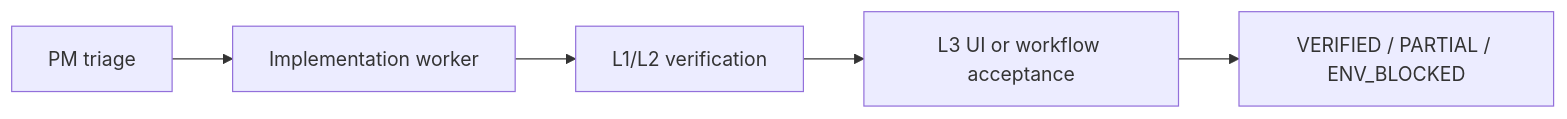
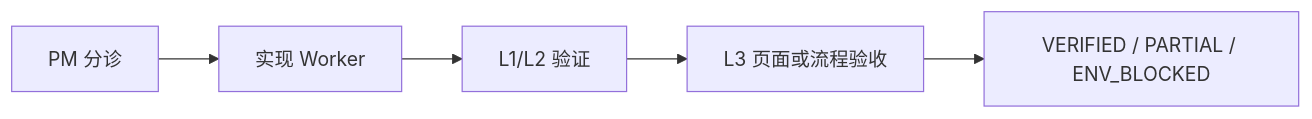
Before and after one commit to wz-gis/pm-dispatch-development: the first of 4 diagrams in README.md, drawn with Mermaid. The commit also changed other lines of this file and 2 other files, not shown here.

````diff
--- a/README.md
+++ b/README.md
@@ -248,7 +239,7 @@
 ```mermaid
 flowchart LR
-    A["PM triage"] --> B["Implementation worker"]
-    B --> C["L1/L2 verification"]
-    C --> D["L3 UI or workflow acceptance"]
+    A["PM 分诊"] --> B["实现 Worker"]
+    B --> C["L1/L2 验证"]
+    C --> D["L3 页面或流程验收"]
     D --> E["VERIFIED / PARTIAL / ENV_BLOCKED"]
 ```
````
